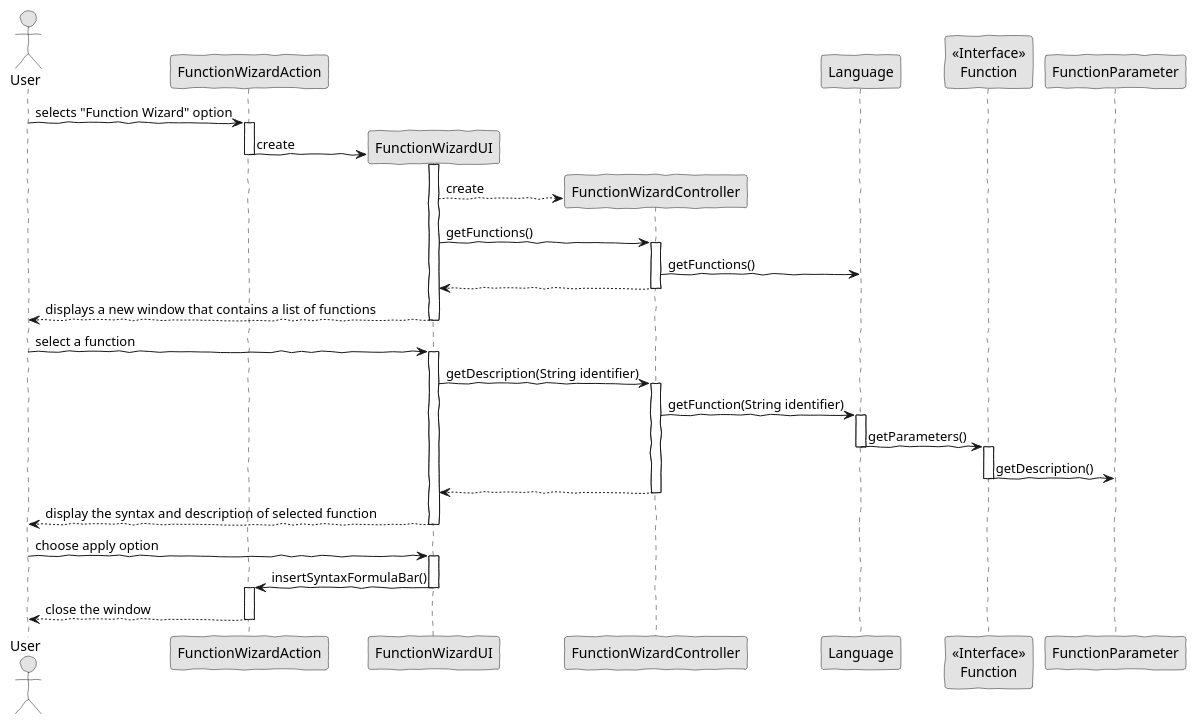
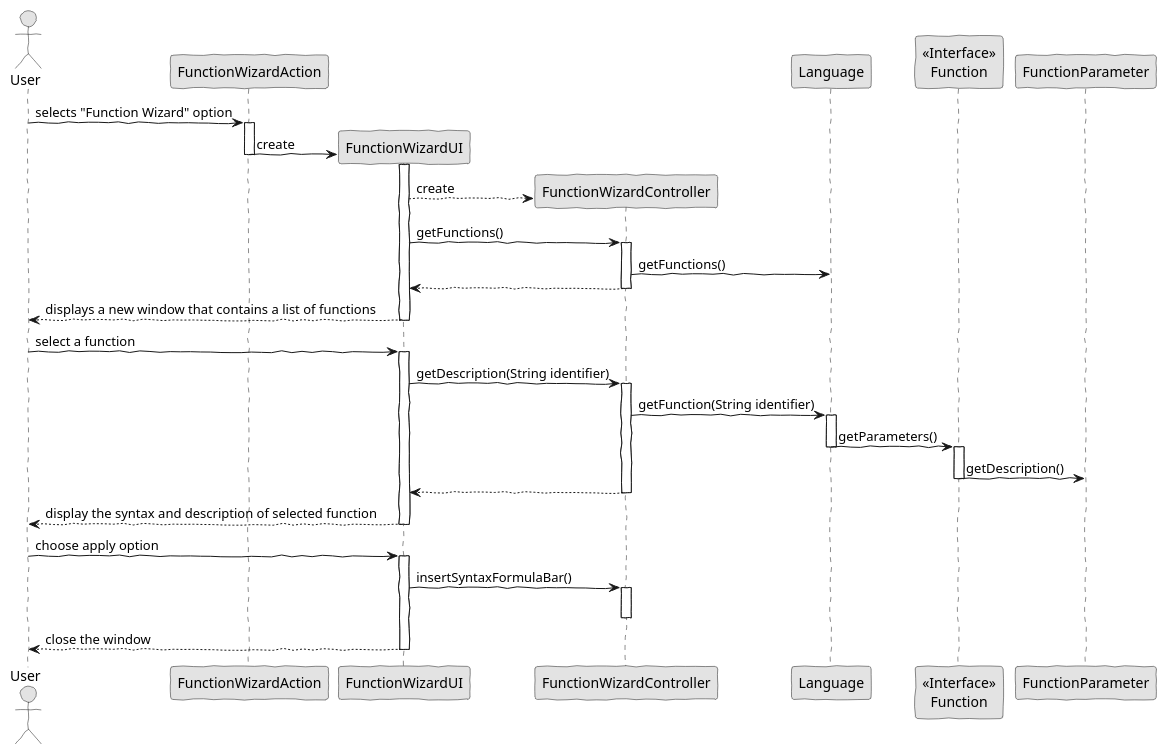
The diagram in src/main/java/lapr4/blue/s1/lang/n1060503/functionWizard/sd_insert_function_basic_wizard.puml (MikeTekOn/lapr4-2017-2dd), drawn with PlantUML before and after one commit. The commit also changed 10 other files, not shown here.

Commit message:
LAPR4E17DD-60 #comment Implement Function Wizard Controller, Action, UI (incomplete) and button next formula bar Update Javadoc

```diff
--- a/src/main/java/lapr4/blue/s1/lang/n1060503/functionWizard/sd_insert_function_basic_wizard.puml
+++ b/src/main/java/lapr4/blue/s1/lang/n1060503/functionWizard/sd_insert_function_basic_wizard.puml
@@ -1,57 +1,58 @@
 @startuml ssd_insert_function_basic_wizard.png
 skinparam handwritten true
 skinparam monochrome true
 skinparam packageStyle rect
 skinparam defaultFontName FG Virgil
 skinparam shadowing false
 
 actor User 
 participant "FunctionWizardAction" as Action
 participant "FunctionWizardUI" as UI
 participant "FunctionWizardController" as CRTL
 
 User -> Action : selects "Function Wizard" option
 activate Action
 create UI
 
 Action -> UI : create
 deactivate Action
 activate UI
 create CRTL
 UI --> CRTL : create
 UI -> CRTL : getFunctions()
 activate CRTL
 CRTL -> Language : getFunctions()
 CRTL --> UI : 
 deactivate CRTL
 UI --> User : displays a new window that contains a list of functions 
 deactivate UI
 
 User -> UI : select a function
 activate UI
 UI -> CRTL : getDescription(String identifier)
 activate CRTL
 participant "<<Interface>>\nFunction" as Function
 CRTL -> Language : getFunction(String identifier)
 activate Language
 Language -> Function : getParameters()
 deactivate Language
 activate Function
 Function -> FunctionParameter : getDescription()
 deactivate Function
 CRTL --> UI :
 deactivate CRTL
 UI --> User : display the syntax and description of selected function
 deactivate UI
 
 User -> UI : choose apply option
 activate UI
-UI -> Action : insertSyntaxFormulaBar()
+UI -> CRTL : insertSyntaxFormulaBar()
+
+activate CRTL
+deactivate CRTL
+
+UI --> User : close the window
 deactivate UI
-activate Action
-
-Action --> User : close the window
-deactivate Action
 
 
 @enduml
```
